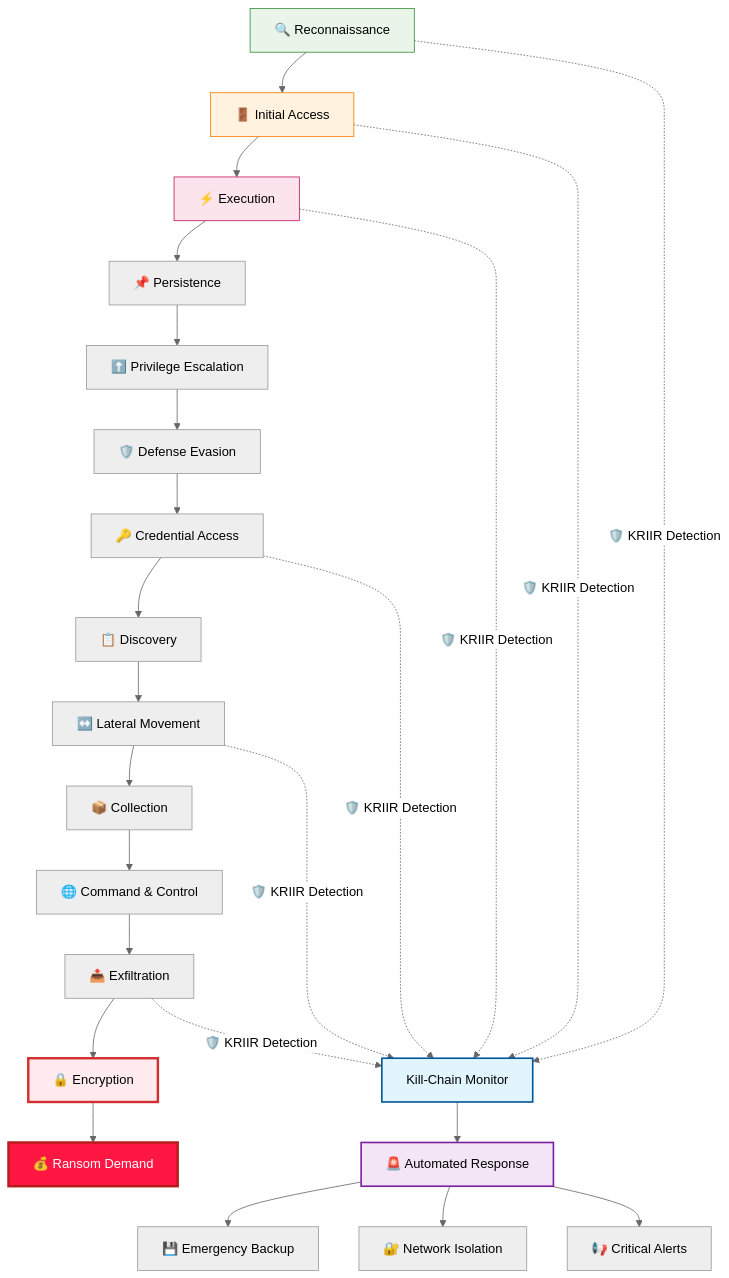
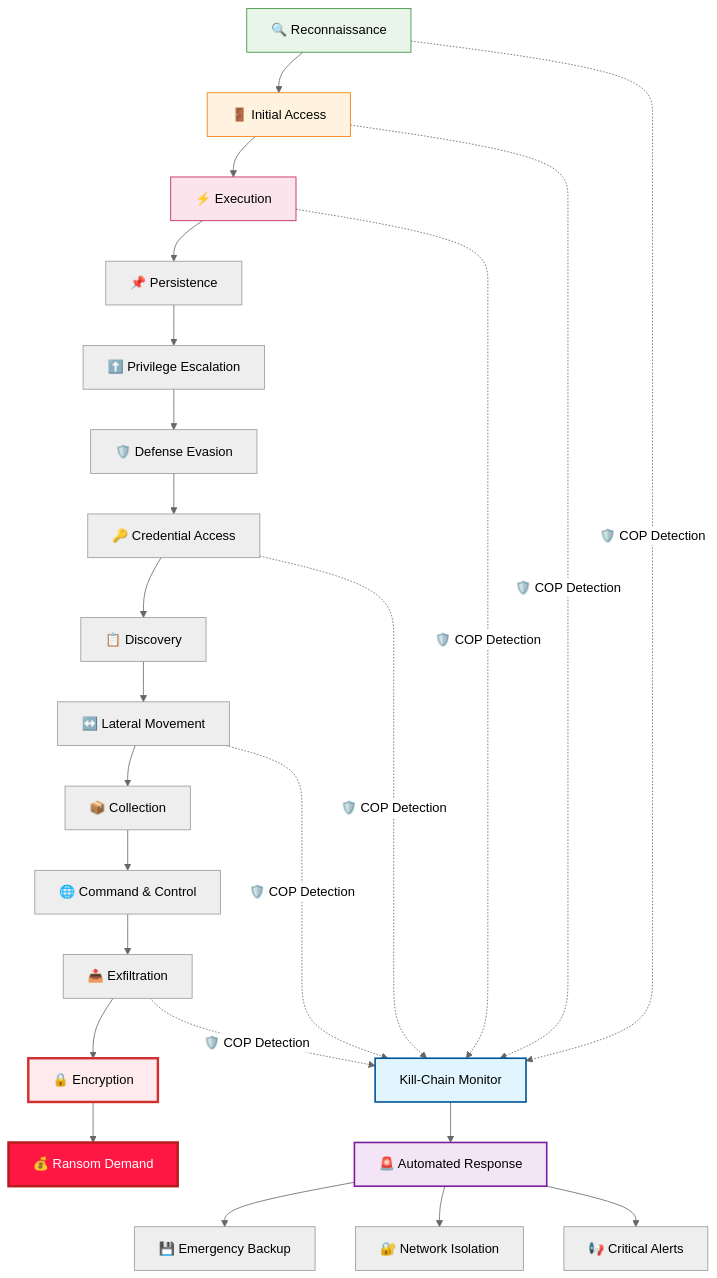
The first of 2 diagrams in docs/PRODUCT_SPECIFICATION.md (ossamalafhel/kriir), drawn with Mermaid (neutral theme) before and after one commit. The commit also changed other lines of this file and 42 other files, not shown here.

````diff
--- a/docs/PRODUCT_SPECIFICATION.md
+++ b/docs/PRODUCT_SPECIFICATION.md
@@ -90,37 +90,37 @@
 ```mermaid
 graph TD
     A[🔍 Reconnaissance] --> B[🚪 Initial Access]
     B --> C[⚡ Execution]
     C --> D[📌 Persistence]
     D --> E[⬆️ Privilege Escalation]
     E --> F[🛡️ Defense Evasion]
     F --> G[🔑 Credential Access]
     G --> H[📋 Discovery]
     H --> I[↔️ Lateral Movement]
     I --> J[📦 Collection]
     J --> K[🌐 Command & Control]
     K --> L[📤 Exfiltration]
     L --> M[🔒 Encryption]
     M --> N[💰 Ransom Demand]
     
     style A fill:#e8f5e8,stroke:#388e3c
     style B fill:#fff3e0,stroke:#f57c00
     style C fill:#fce4ec,stroke:#c2185b
     style M fill:#ffebee,stroke:#d32f2f,stroke-width:3px
     style N fill:#ff1744,color:#ffffff,stroke:#b71c1c,stroke-width:3px
     
-    A -.->|"🛡️ KRIIR Detection"| O[Kill-Chain Monitor]
-    B -.->|"🛡️ KRIIR Detection"| O
-    C -.->|"🛡️ KRIIR Detection"| O
-    G -.->|"🛡️ KRIIR Detection"| O
-    I -.->|"🛡️ KRIIR Detection"| O
-    L -.->|"🛡️ KRIIR Detection"| O
+    A -.->|"🛡️ COP Detection"| O[Kill-Chain Monitor]
+    B -.->|"🛡️ COP Detection"| O
+    C -.->|"🛡️ COP Detection"| O
+    G -.->|"🛡️ COP Detection"| O
+    I -.->|"🛡️ COP Detection"| O
+    L -.->|"🛡️ COP Detection"| O
     
     O --> P[🚨 Automated Response]
     P --> Q[💾 Emergency Backup]
     P --> R[🔐 Network Isolation]
     P --> S[📢 Critical Alerts]
     
     style O fill:#e1f5fe,stroke:#01579b,stroke-width:2px
     style P fill:#f3e5f5,stroke:#7b1fa2,stroke-width:2px
 ```
````
